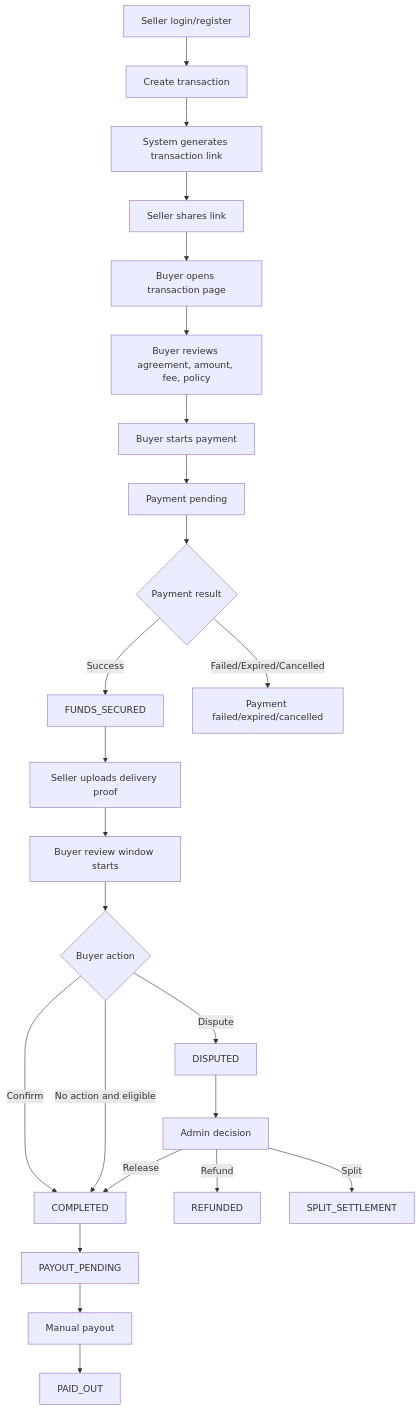
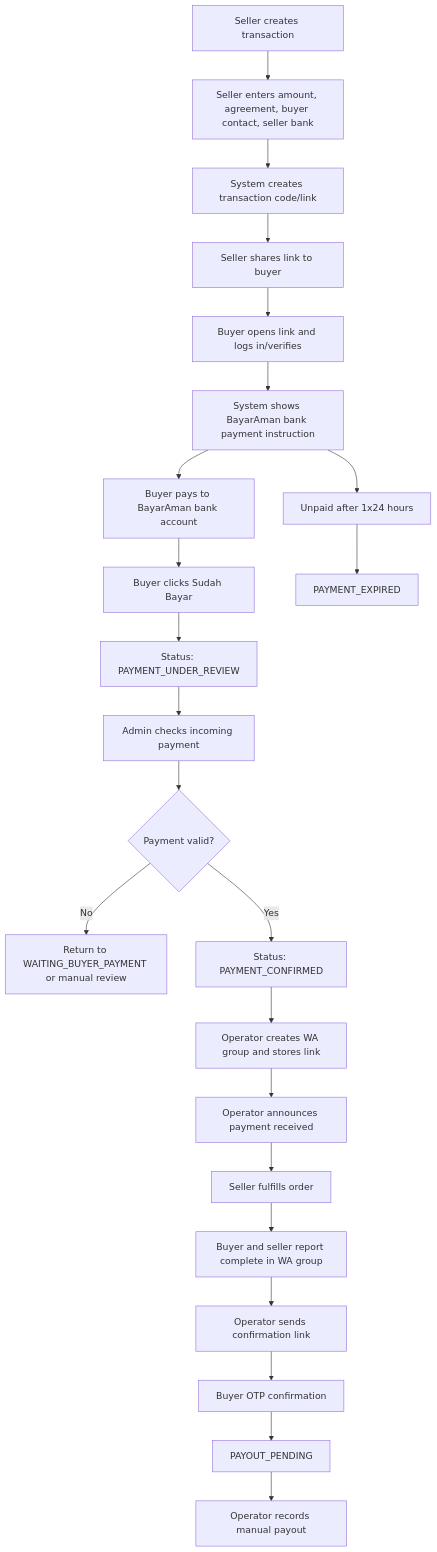
Before and after one commit to nunutech40/bayaraman: the second of 9 diagrams in TRD.md, drawn with Mermaid. The commit also changed other lines of this file and 7 other files, not shown here.

Commit message:
Update manual rekber flow prototype

````diff
--- a/TRD.md
+++ b/TRD.md
@@ -90,26 +76,25 @@
 ```mermaid
 flowchart TD
-  S1[Seller login/register] --> S2[Create transaction]
-  S2 --> S3[System generates transaction link]
-  S3 --> S4[Seller shares link]
-  S4 --> B1[Buyer opens transaction page]
-  B1 --> B2[Buyer reviews agreement, amount, fee, policy]
-  B2 --> B3[Buyer starts payment]
-  B3 --> P1[Payment pending]
-  P1 --> P2{Payment result}
-  P2 -->|Success| T1[FUNDS_SECURED]
-  P2 -->|Failed/Expired/Cancelled| T0[Payment failed/expired/cancelled]
-  T1 --> S5[Seller uploads delivery proof]
-  S5 --> B4[Buyer review window starts]
-  B4 --> B5{Buyer action}
-  B5 -->|Confirm| C1[COMPLETED]
-  B5 -->|Dispute| D1[DISPUTED]
-  B5 -->|No action and eligible| C1
-  D1 --> A1[Admin decision]
-  A1 -->|Release| C1
-  A1 -->|Refund| R1[REFUNDED]
-  A1 -->|Split| SP1[SPLIT_SETTLEMENT]
-  C1 --> PO1[PAYOUT_PENDING]
-  PO1 --> PO2[Manual payout]
-  PO2 --> PO3[PAID_OUT]
+  S[Seller creates transaction] --> A[Seller enters amount, agreement, buyer contact, seller bank]
+  A --> B[System creates transaction code/link]
+  B --> C[Seller shares link to buyer]
+  C --> D[Buyer opens link and logs in/verifies]
+  D --> E[System shows BayarAman bank payment instruction]
+  E --> F[Buyer pays to BayarAman bank account]
+  F --> G[Buyer clicks Sudah Bayar]
+  G --> H[Status: PAYMENT_UNDER_REVIEW]
+  H --> I[Admin checks incoming payment]
+  I --> J{Payment valid?}
+  J -->|No| K[Return to WAITING_BUYER_PAYMENT or manual review]
+  J -->|Yes| L[Status: PAYMENT_CONFIRMED]
+  L --> M[Operator creates WA group and stores link]
+  M --> N[Operator announces payment received]
+  N --> O[Seller fulfills order]
+  O --> P[Buyer and seller report complete in WA group]
+  P --> Q[Operator sends confirmation link]
+  Q --> R[Buyer OTP confirmation]
+  R --> T[PAYOUT_PENDING]
+  T --> U[Operator records manual payout]
+  E --> V[Unpaid after 1x24 hours]
+  V --> W[PAYMENT_EXPIRED]
 ```
````
